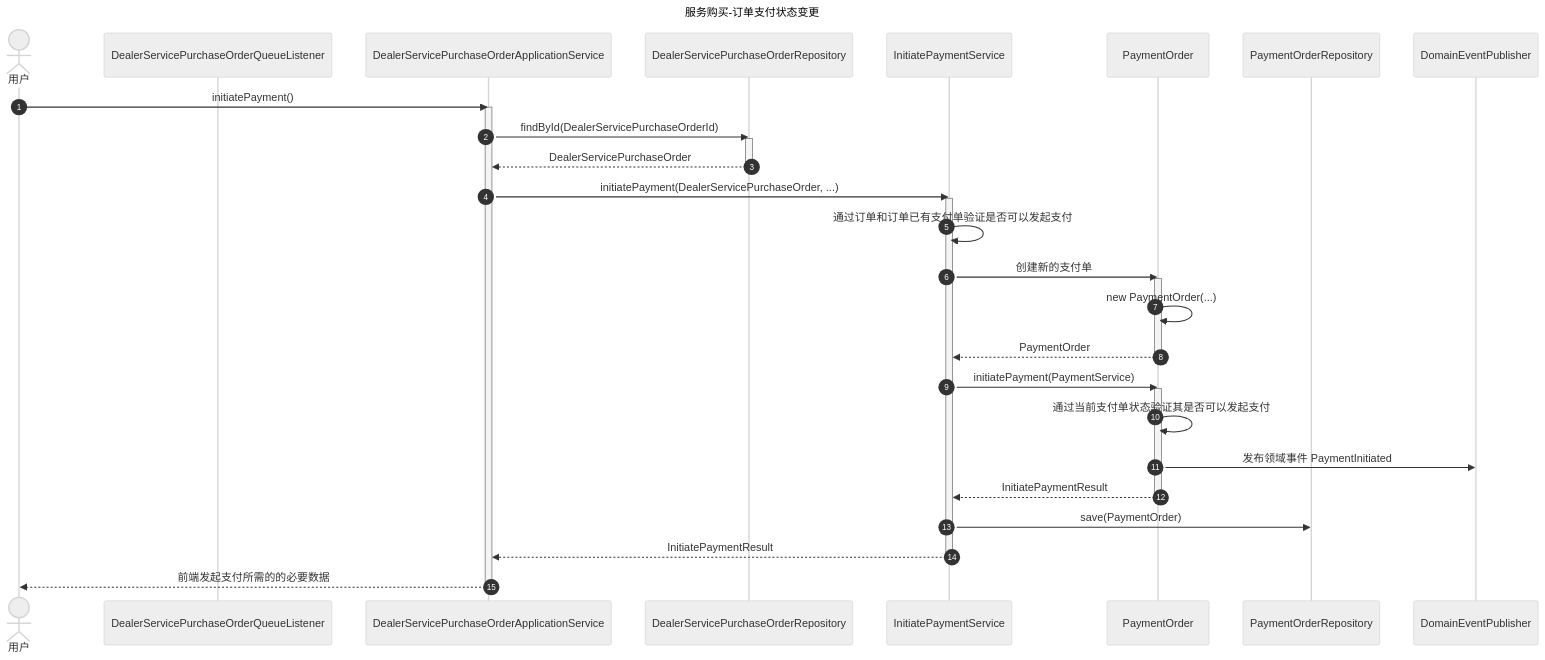
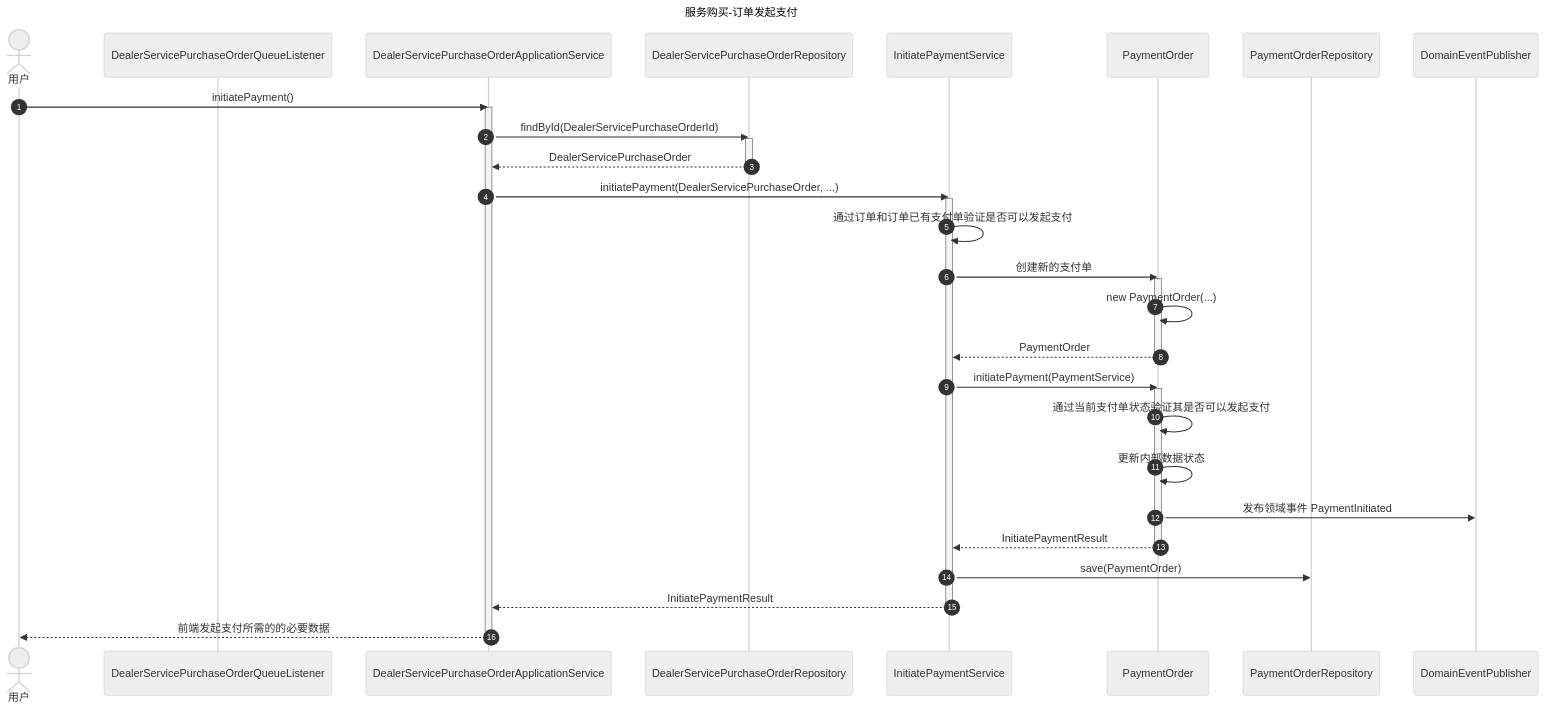
The diagram in iddd-springboot/iddd-springboot-dealer/src/main/resources/uml/服务购买订单发起支付时序图.mermaid (lowkeyfish/IDDD), drawn with Mermaid (neutral theme) before and after one commit. The commit also changed 17 other files, not shown here.

```diff
--- a/iddd-springboot/iddd-springboot-dealer/src/main/resources/uml/服务购买订单发起支付时序图.mermaid
+++ b/iddd-springboot/iddd-springboot-dealer/src/main/resources/uml/服务购买订单发起支付时序图.mermaid
@@ -1,53 +1,54 @@
 sequenceDiagram
-    title 服务购买-订单支付状态变更
+    title 服务购买-订单发起支付
 
     autonumber
 
     actor User as 用户
 
     participant DealerServicePurchaseOrderQueueListener
     participant DealerServicePurchaseOrderApplicationService
     participant DealerServicePurchaseOrderRepository
     participant InitiatePaymentService
     participant PaymentOrder
     participant PaymentOrderRepository
 
     participant DomainEventPublisher
 
     User->>DealerServicePurchaseOrderApplicationService: initiatePayment()
 
     activate DealerServicePurchaseOrderApplicationService
     DealerServicePurchaseOrderApplicationService->>DealerServicePurchaseOrderRepository: findById(DealerServicePurchaseOrderId)
     activate DealerServicePurchaseOrderRepository
     DealerServicePurchaseOrderRepository-->>DealerServicePurchaseOrderApplicationService: DealerServicePurchaseOrder
     deactivate DealerServicePurchaseOrderRepository
 
     DealerServicePurchaseOrderApplicationService->>InitiatePaymentService: initiatePayment(DealerServicePurchaseOrder, ...)
     activate InitiatePaymentService
 
     InitiatePaymentService->>InitiatePaymentService: 通过订单和订单已有支付单验证是否可以发起支付
 
     InitiatePaymentService->>PaymentOrder: 创建新的支付单
     activate PaymentOrder
     PaymentOrder->>PaymentOrder: new PaymentOrder(...)
     PaymentOrder-->>InitiatePaymentService: PaymentOrder
 
     deactivate PaymentOrder
 
     InitiatePaymentService->>PaymentOrder: initiatePayment(PaymentService)
     activate PaymentOrder
     PaymentOrder->>PaymentOrder: 通过当前支付单状态验证其是否可以发起支付
+    PaymentOrder->>PaymentOrder: 更新内部数据状态
     PaymentOrder->>DomainEventPublisher: 发布领域事件 PaymentInitiated
     PaymentOrder-->>InitiatePaymentService: InitiatePaymentResult
 
     deactivate PaymentOrder
 
     InitiatePaymentService->>PaymentOrderRepository: save(PaymentOrder)
 
     InitiatePaymentService-->> DealerServicePurchaseOrderApplicationService: InitiatePaymentResult
 
     deactivate InitiatePaymentService
 
     DealerServicePurchaseOrderApplicationService-->>User: 前端发起支付所需的的必要数据
 
     deactivate DealerServicePurchaseOrderApplicationService
```
